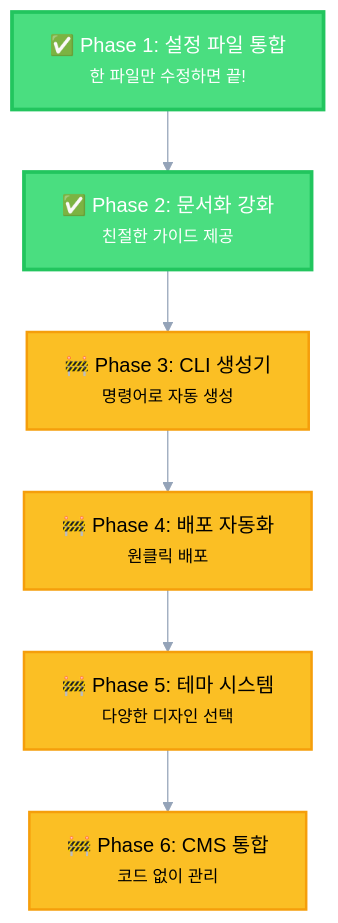
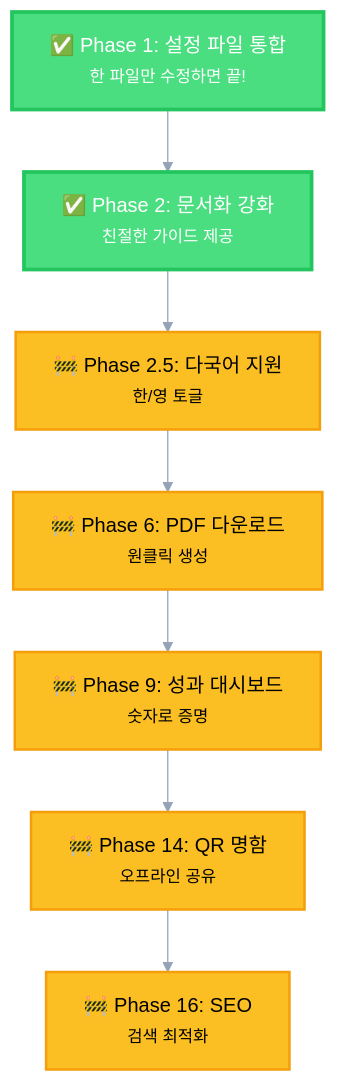
The diagram in README.md (glossybigbro/glossybigbro.github.io), drawn with Mermaid before and after one commit. The commit also changed other lines of this file, not shown here.

First line of the commit message:
docs(phase-2): 최종 로드맵으로 업데이트

````diff
--- a/README.md
+++ b/README.md
@@ -55,18 +111,19 @@
 ```mermaid
 %%{init: {'theme':'base', 'themeVariables': { 'primaryColor':'#4ade80','primaryTextColor':'#fff','primaryBorderColor':'#22c55e','lineColor':'#94a3b8','secondaryColor':'#fbbf24','tertiaryColor':'#f3f4f6'}}}%%
 flowchart TD
     A["✅ Phase 1: 설정 파일 통합<br/><small>한 파일만 수정하면 끝!</small>"]
     B["✅ Phase 2: 문서화 강화<br/><small>친절한 가이드 제공</small>"]
-    C["🚧 Phase 3: CLI 생성기<br/><small>명령어로 자동 생성</small>"]
-    D["🚧 Phase 4: 배포 자동화<br/><small>원클릭 배포</small>"]
-    E["🚧 Phase 5: 테마 시스템<br/><small>다양한 디자인 선택</small>"]
-    F["🚧 Phase 6: CMS 통합<br/><small>코드 없이 관리</small>"]
+    C["🚧 Phase 2.5: 다국어 지원<br/><small>한/영 토글</small>"]
+    D["🚧 Phase 6: PDF 다운로드<br/><small>원클릭 생성</small>"]
+    E["🚧 Phase 9: 성과 대시보드<br/><small>숫자로 증명</small>"]
+    F["🚧 Phase 14: QR 명함<br/><small>오프라인 공유</small>"]
+    G["🚧 Phase 16: SEO<br/><small>검색 최적화</small>"]
     
-    A --> B --> C --> D --> E --> F
+    A --> B --> C --> D --> E --> F --> G
     
     classDef completed fill:#4ade80,stroke:#22c55e,stroke-width:3px,color:#fff
     classDef inProgress fill:#fbbf24,stroke:#f59e0b,stroke-width:2px,color:#000
     
     class A,B completed
-    class C,D,E,F inProgress
+    class C,D,E,F,G inProgress
 ```
````
